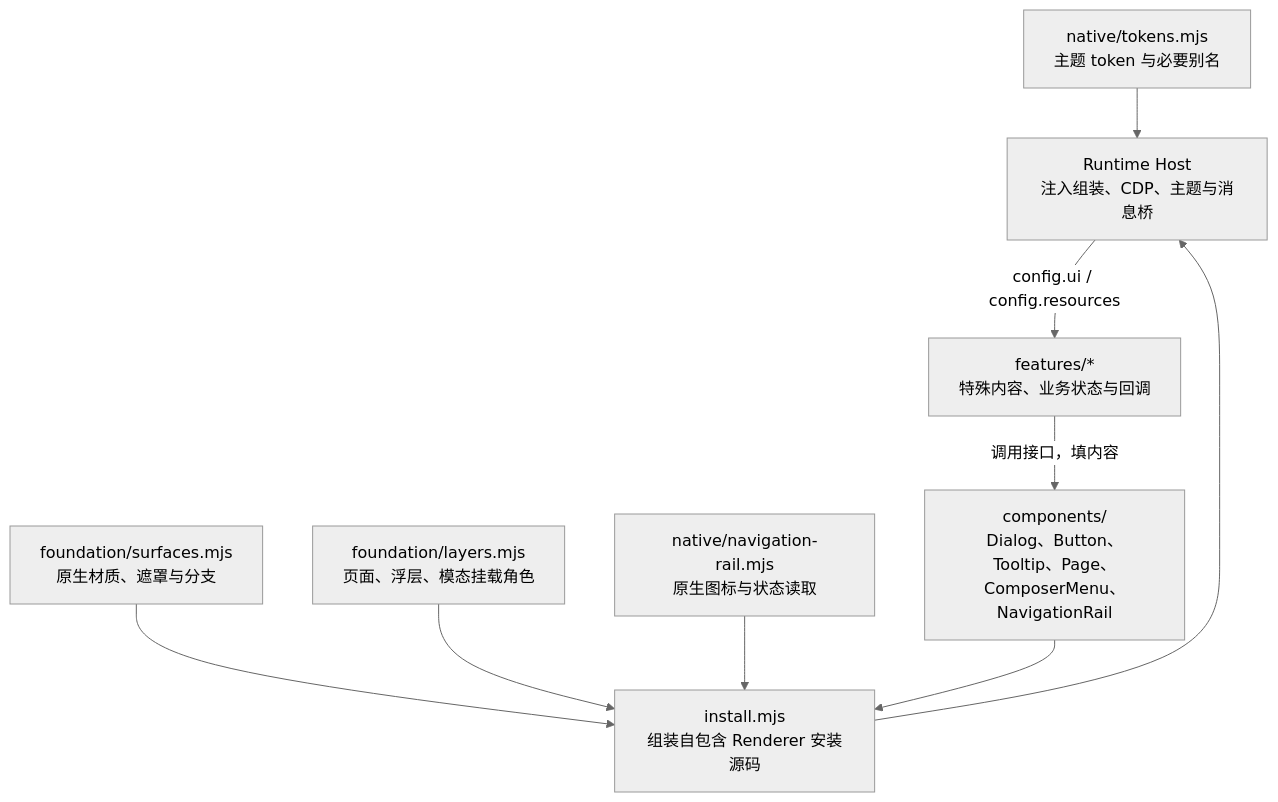
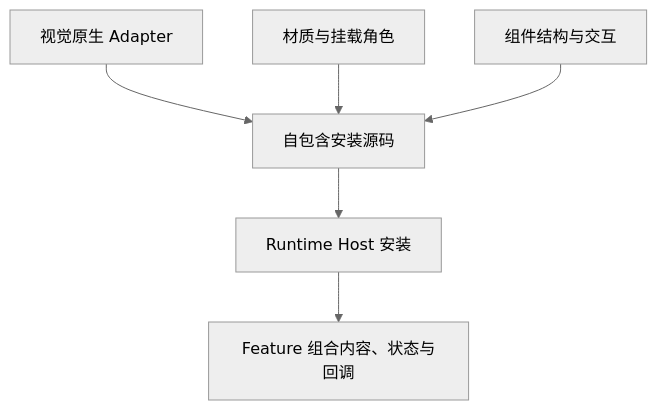
The diagram in packages/ui/ARCHITECTURE.md (Vontean/MineCodex), drawn with Mermaid (neutral theme) before and after one commit. The commit also changed other lines of this file and 14 other files, not shown here.

````diff
--- a/packages/ui/ARCHITECTURE.md
+++ b/packages/ui/ARCHITECTURE.md
@@ -7,19 +9,8 @@
 ```mermaid
 flowchart TB
-  Tokens["native/tokens.mjs<br/>主题 token 与必要别名"]
-  NativeRail["native/navigation-rail.mjs<br/>原生图标与状态读取"]
-  Surfaces["foundation/surfaces.mjs<br/>原生材质、遮罩与分支"]
-  Layers["foundation/layers.mjs<br/>页面、浮层、模态挂载角色"]
-  Components["components/<br/>Dialog、Button、Tooltip、Page、ComposerMenu、NavigationRail"]
-  Install["install.mjs<br/>组装自包含 Renderer 安装源码"]
-  Host["Runtime Host<br/>注入组装、CDP、主题与消息桥"]
-  Plugin["features/*<br/>特殊内容、业务状态与回调"]
-  Surfaces --> Install
-  Layers --> Install
-  NativeRail --> Install
-  Components --> Install
-  Tokens --> Host
-  Install --> Host
-  Host -->|"config.ui / config.resources"| Plugin
-  Plugin -->|"调用接口，填内容"| Components
+  Native["视觉原生 Adapter"] --> Install["自包含安装源码"]
+  Foundation["材质与挂载角色"] --> Install
+  Components["组件结构与交互"] --> Install
+  Install --> Host["Runtime Host 安装"]
+  Host --> Feature["Feature 组合内容、状态与回调"]
 ```
````
